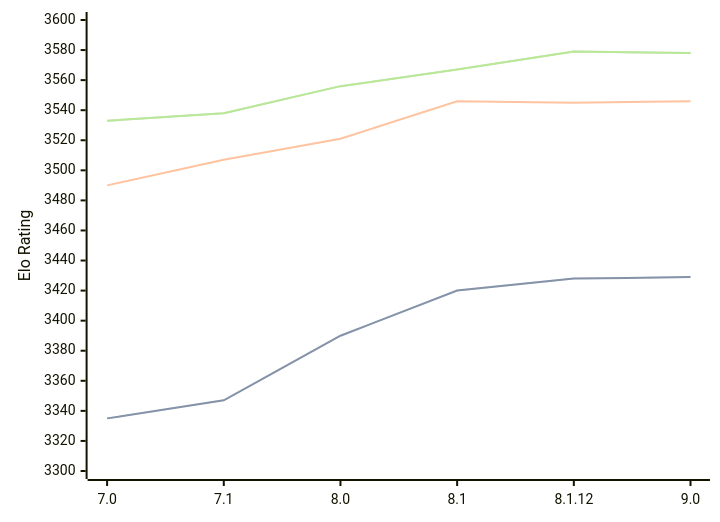
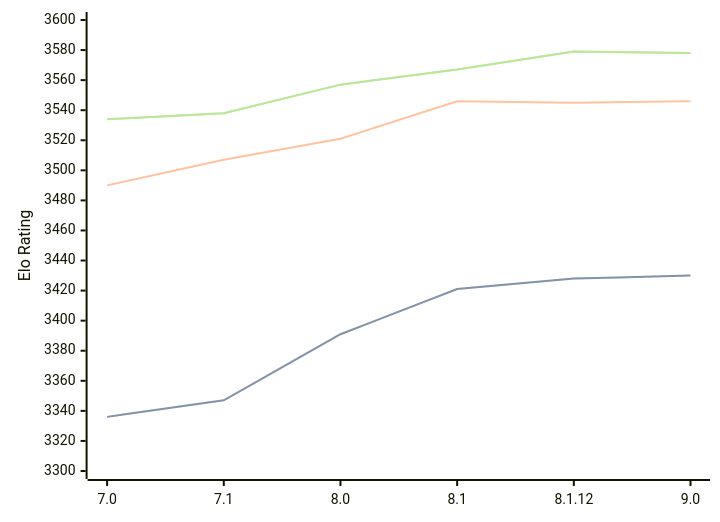
Before and after one commit to computer-chess-index/cci: the diagram in engines/Alexandria.md, drawn with Mermaid. The commit also changed other lines of this file, not shown here.

Commit message:
Update CCI Ratings (ELO VLTC) - 2026-08-27

````diff
--- a/engines/Alexandria.md
+++ b/engines/Alexandria.md
@@ -36,11 +36,11 @@
 ```mermaid
 %%{init: {"theme":"base","themeVariables":{"seriesColors:['#a3a3a3','#222221','#faa371']}}}%%
 xychart-beta
   x-axis ["7.0", "7.1", "8.0", "8.1", "8.1.12", "9.0"]
   y-axis "Elo Rating" 3300 --> 3600
-  line "STC (8.0+0.08s)" [3335, 3347, 3390, 3420, 3428, 3429]
-  line "STC (8.0+0.08s)" [3335, 3347, 3390, 3420, 3428, 3429]
+  line "STC (8.0+0.08s)" [3336, 3347, 3391, 3421, 3428, 3430]
+  line "STC (8.0+0.08s)" [3336, 3347, 3391, 3421, 3428, 3430]
   line "LTC (60.0+0.60s)" [3490, 3507, 3521, 3546, 3545, 3546]
-  line "VLTC (2m24s+1.12s)" [3533, 3538, 3556, 3567, 3579, 3578]
-  line "VLTC (2m24s+1.12s)" [3533, 3538, 3556, 3567, 3579, 3578]
+  line "VLTC (2m24s+1.12s)" [3534, 3538, 3557, 3567, 3579, 3578]
+  line "VLTC (2m24s+1.12s)" [3534, 3538, 3557, 3567, 3579, 3578]
 ```
````
